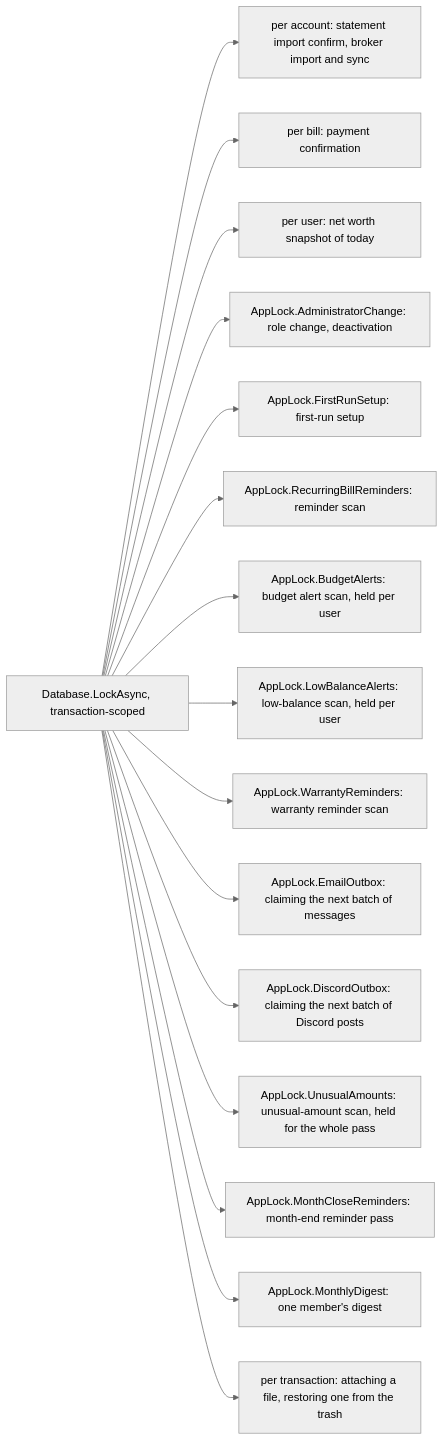
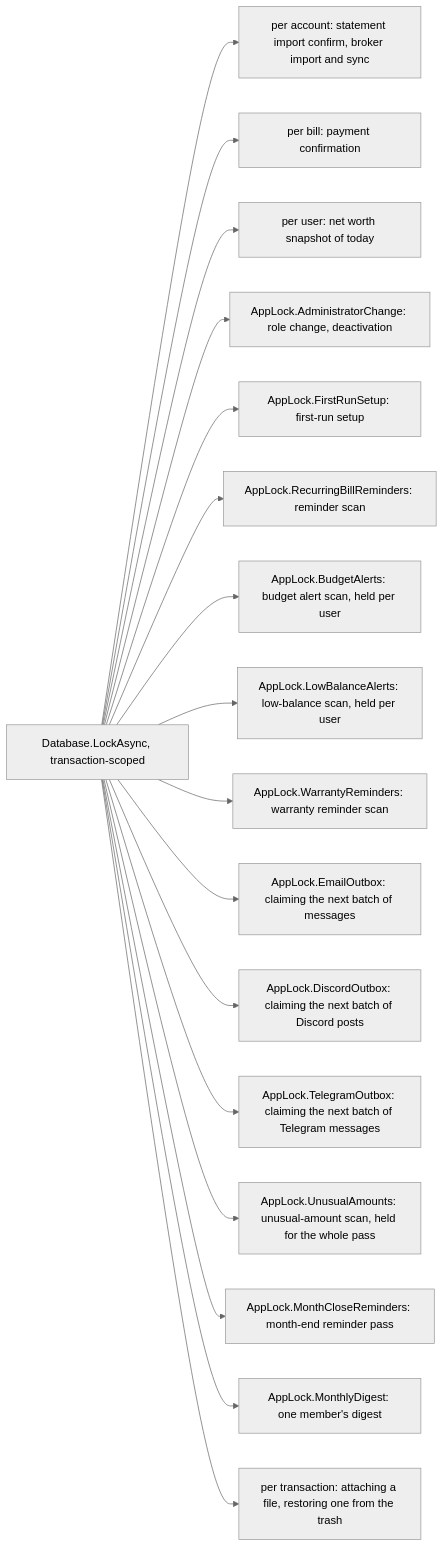
Before and after one commit to Justxs/Jx-Finance: the second of 2 diagrams in docs/features/background-jobs.md, drawn with Mermaid (neutral theme). The commit also changed other lines of this file and 159 other files, not shown here.

````diff
--- a/docs/features/background-jobs.md
+++ b/docs/features/background-jobs.md
@@ -100,18 +104,19 @@
 ```mermaid
 flowchart LR
     Lock["Database.LockAsync, transaction-scoped"] --> A["per account: statement import confirm, broker import and sync"]
     Lock --> Bi["per bill: payment confirmation"]
     Lock --> U["per user: net worth snapshot of today"]
     Lock --> Adm["AppLock.AdministratorChange: role change, deactivation"]
     Lock --> Setup["AppLock.FirstRunSetup: first-run setup"]
     Lock --> Rem["AppLock.RecurringBillReminders: reminder scan"]
     Lock --> Bud["AppLock.BudgetAlerts: budget alert scan, held per user"]
     Lock --> Low["AppLock.LowBalanceAlerts: low-balance scan, held per user"]
     Lock --> War["AppLock.WarrantyReminders: warranty reminder scan"]
     Lock --> Mail["AppLock.EmailOutbox: claiming the next batch of messages"]
     Lock --> Disc["AppLock.DiscordOutbox: claiming the next batch of Discord posts"]
+    Lock --> Tele["AppLock.TelegramOutbox: claiming the next batch of Telegram messages"]
     Lock --> Unu["AppLock.UnusualAmounts: unusual-amount scan, held for the whole pass"]
     Lock --> Close["AppLock.MonthCloseReminders: month-end reminder pass"]
     Lock --> Dig["AppLock.MonthlyDigest: one member's digest"]
     Lock --> Att["per transaction: attaching a file, restoring one from the trash"]
 ```
````
